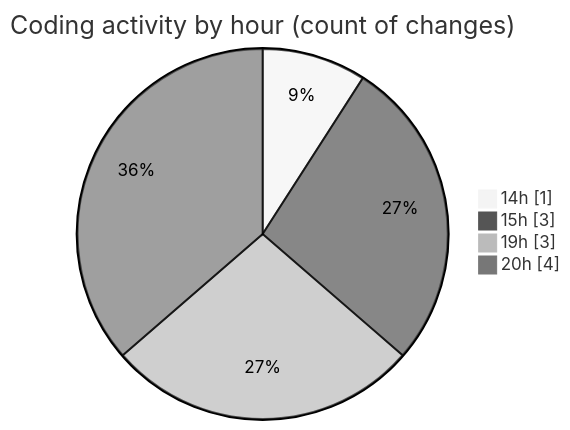
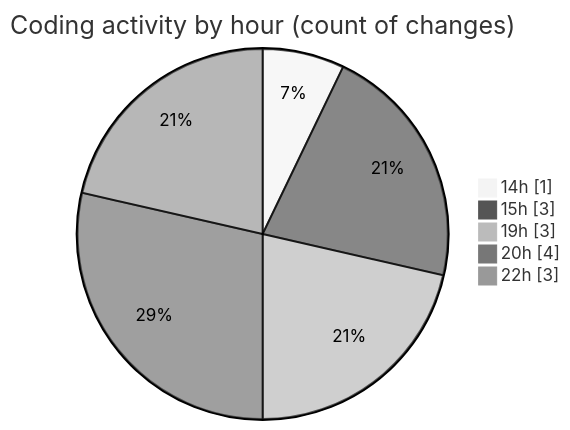
Before and after one commit to jadenblack/code-tracking: the second of 2 diagrams in 2026-03-02/shadcn-admin-kit-main__workspace_/README.md, drawn with Mermaid (neutral theme). The commit also changed other lines of this file and 1 other file, not shown here.

````diff
--- a/2026-03-02/shadcn-admin-kit-main__workspace_/README.md
+++ b/2026-03-02/shadcn-admin-kit-main__workspace_/README.md
@@ -34,8 +35,9 @@
 ```mermaid
 pie showData
 title Coding activity by hour (count of changes)
 "14h" : 1
 "15h" : 3
 "19h" : 3
 "20h" : 4
+"22h" : 3
 ```
````
